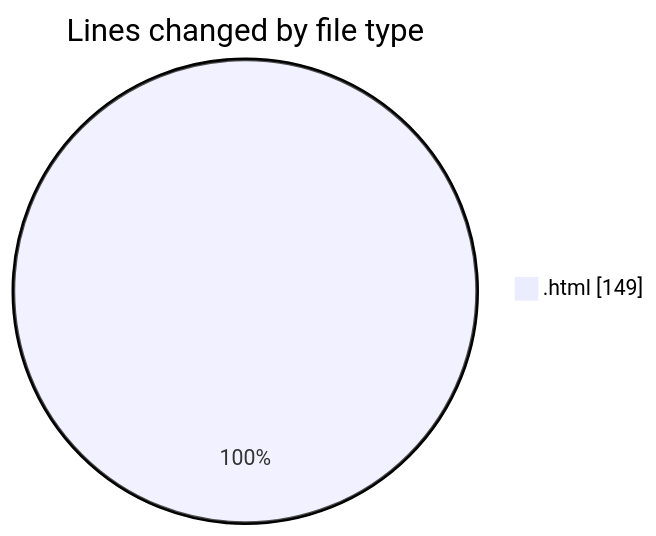
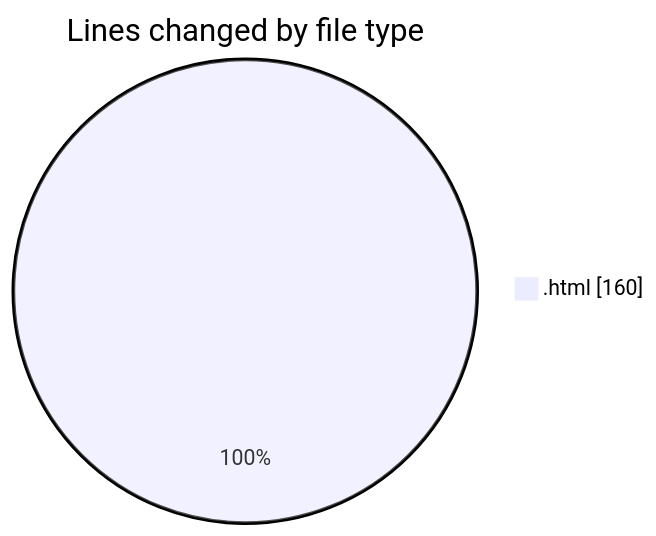
Before and after one commit to LanceThiago/code-tracking: the first of 2 diagrams in 2025-01-07/nueva_carpeta/README.md, drawn with Mermaid. The commit also changed other lines of this file and 1 other file, not shown here.

````diff
--- a/2025-01-07/nueva_carpeta/README.md
+++ b/2025-01-07/nueva_carpeta/README.md
@@ -20,5 +20,5 @@
 ```mermaid
 pie showData
 title Lines changed by file type
-".html" : 149
+".html" : 160
 ```
````
